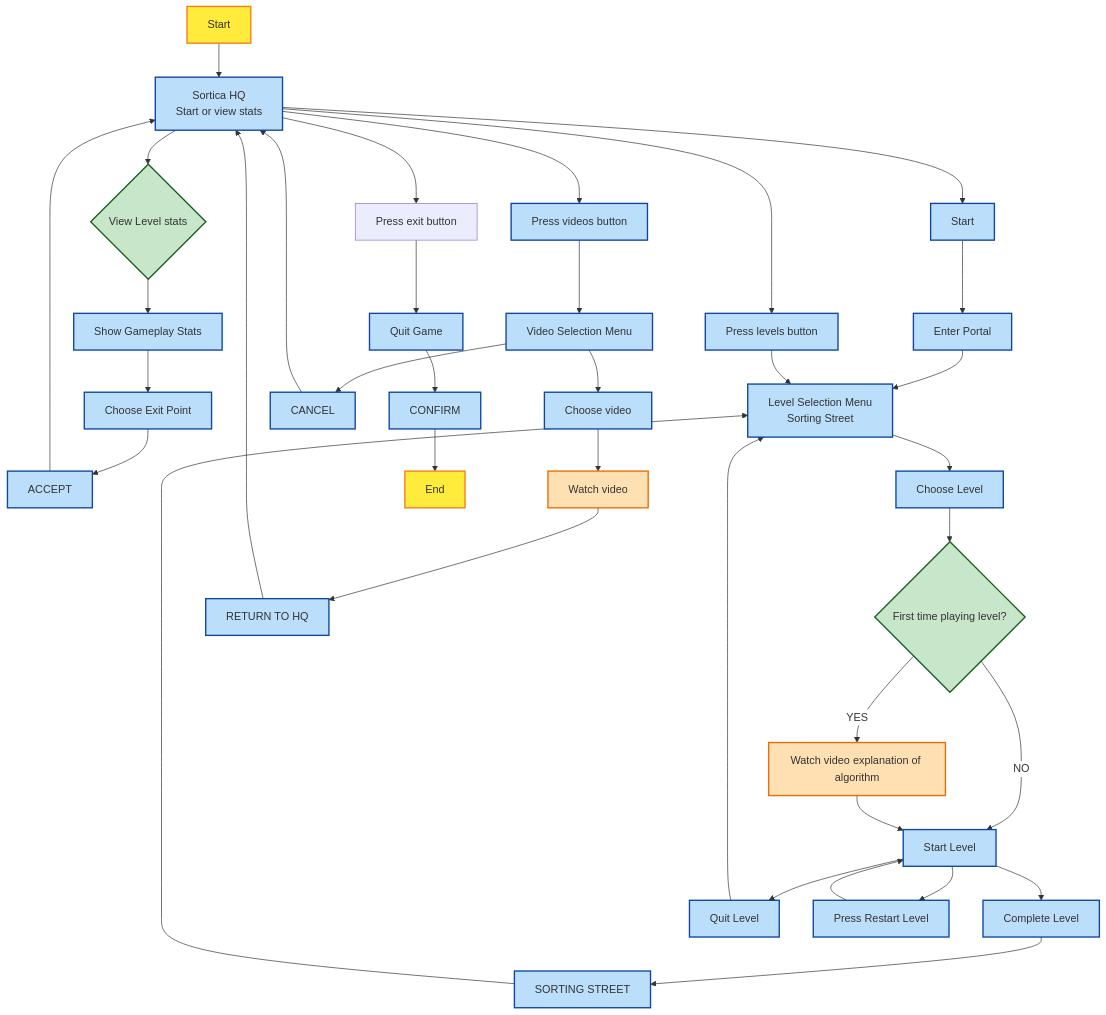
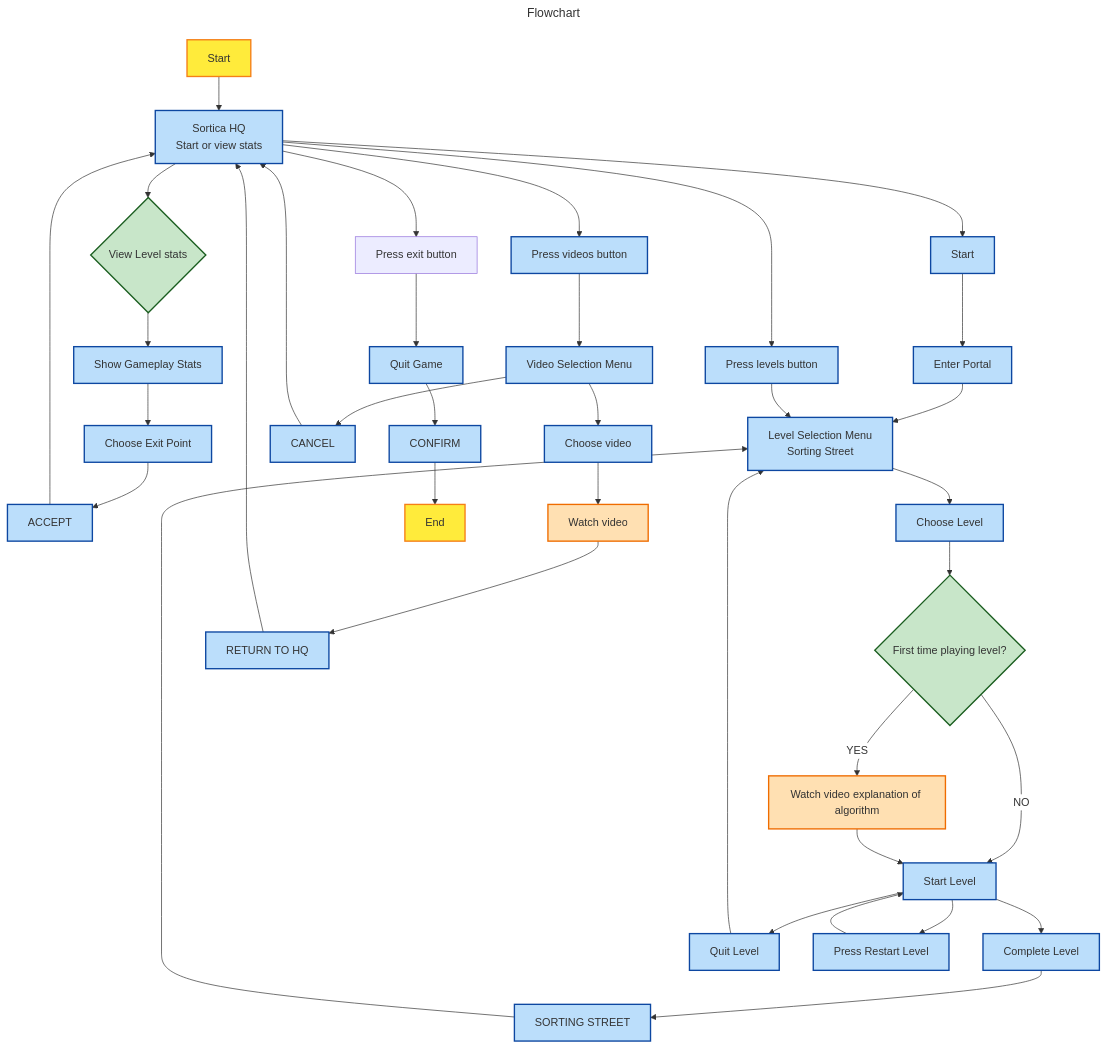
The diagram in _pages/gameloop.md (frankoldfield/sortica), drawn with Mermaid before and after one commit. The commit also changed other lines of this file and 129 other files, not shown here.

````diff
--- a/_pages/gameloop.md
+++ b/_pages/gameloop.md
@@ -14,60 +15,62 @@
 ```mermaid!
+---
+title: Flowchart
+---
 %%{init: {"themeVariables": {"edgeLabelBackground":"#ffffff"}}}%%
 flowchart TD
     A[Start] --> B[Sortica HQ<br/>Start or view stats]
     
     B --> C{View Level stats}
     B --> D[Start]
     B --> E[Press levels button]
     B --> F[Press videos button]
     B --> G[Press exit button]
     
     C --> H[Show Gameplay Stats]
     H --> I[Choose Exit Point]
     I --> J[ACCEPT]
     J --> B
     
     D --> K[Enter Portal]
     K --> L[Level Selection Menu<br/>Sorting Street]
     L --> M[Choose Level]
     
     M --> N{First time playing level?}
     N -->|YES| O[Watch video explanation of algorithm]
     N -->|NO| P[Start Level]
     O --> P
     
     P --> Q[Complete Level]
     P --> R[Quit Level]
     P --> S[Press Restart Level]
     
     Q --> T[SORTING STREET]
     R --> L
     S --> P
     T --> L
     
     E --> L
     
     F --> U[Video Selection Menu]
     U --> V[Choose video]
     U --> W[CANCEL]
     V --> X[Watch video]
     X --> Y[RETURN TO HQ]
     Y --> B
     W --> B
     
     G --> Z[Quit Game]
     Z --> AA[CONFIRM]
     AA --> AB[End]
 
     %% Estilos
     classDef startEnd fill:#ffeb3b,stroke:#f57f17,stroke-width:2px;
     classDef action fill:#bbdefb,stroke:#0d47a1,stroke-width:2px;
     classDef decision fill:#c8e6c9,stroke:#1b5e20,stroke-width:2px;
     classDef video fill:#ffe0b2,stroke:#ef6c00,stroke-width:2px;
 
     class A,AB startEnd
     class B,D,E,F,H,I,J,K,L,M,P,Q,R,S,T,U,V,W,X,Y,Z,AA action
     class C,N decision
     class O,X video
-
 ```
````
